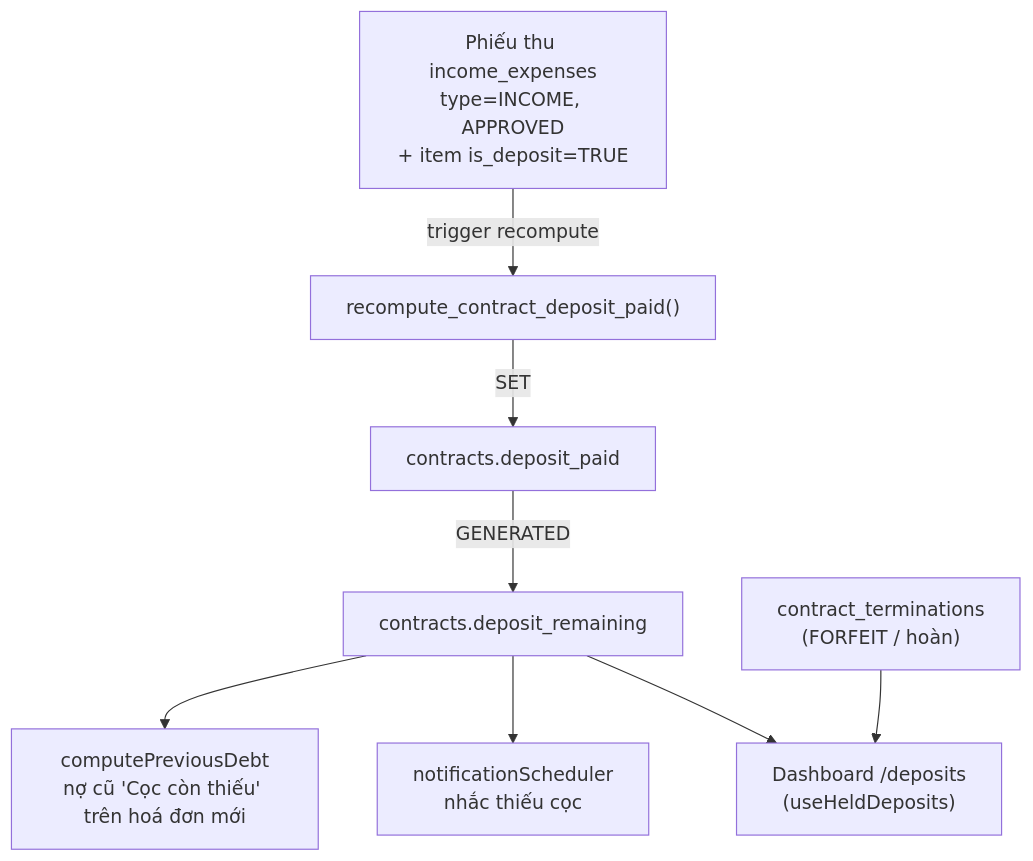
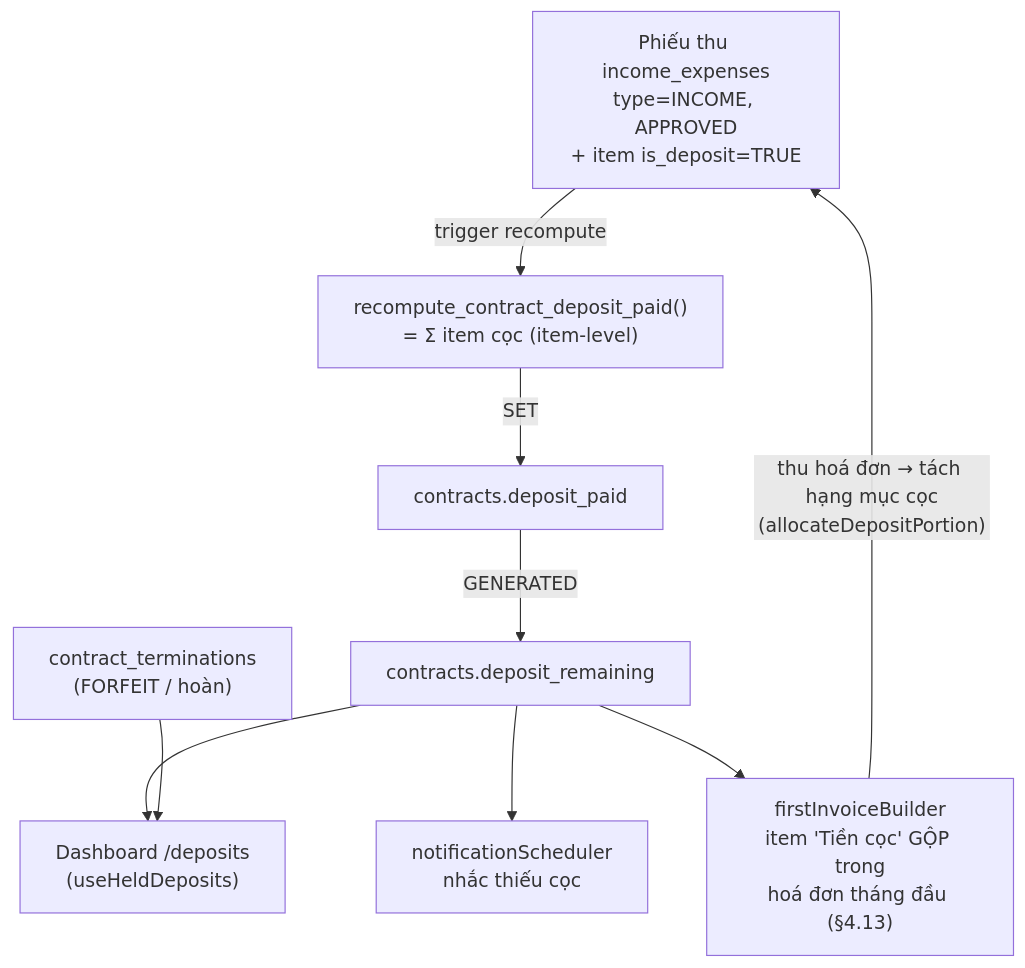
The second of 5 diagrams in docs/he-thong/04-coc-giu-cho.md (zxGreenxz/whiteboard-ihomecrm), drawn with Mermaid before and after one commit. The commit also changed other lines of this file and 20 other files, not shown here.

````diff
--- a/docs/he-thong/04-coc-giu-cho.md
+++ b/docs/he-thong/04-coc-giu-cho.md
@@ -167,10 +171,11 @@
 ```mermaid
 flowchart TD
-    IE["Phiếu thu income_expenses<br/>type=INCOME, APPROVED<br/>+ item is_deposit=TRUE"] -->|trigger recompute| RC["recompute_contract_deposit_paid()"]
+    IE["Phiếu thu income_expenses<br/>type=INCOME, APPROVED<br/>+ item is_deposit=TRUE"] -->|trigger recompute| RC["recompute_contract_deposit_paid()<br/>= Σ item cọc (item-level)"]
     RC -->|SET| DP["contracts.deposit_paid"]
     DP -->|GENERATED| DR["contracts.deposit_remaining"]
     DR --> DASH["Dashboard /deposits<br/>(useHeldDeposits)"]
     DR --> NOTIF["notificationScheduler<br/>nhắc thiếu cọc"]
-    DR --> PREV["computePreviousDebt<br/>nợ cũ 'Cọc còn thiếu' trên hoá đơn mới"]
+    DR --> FIB["firstInvoiceBuilder<br/>item 'Tiền cọc' GỘP trong<br/>hoá đơn tháng đầu (§4.13)"]
+    FIB -->|"thu hoá đơn → tách hạng mục cọc<br/>(allocateDepositPortion)"| IE
     TERM["contract_terminations<br/>(FORFEIT / hoàn)"] --> DASH
 ```
````
